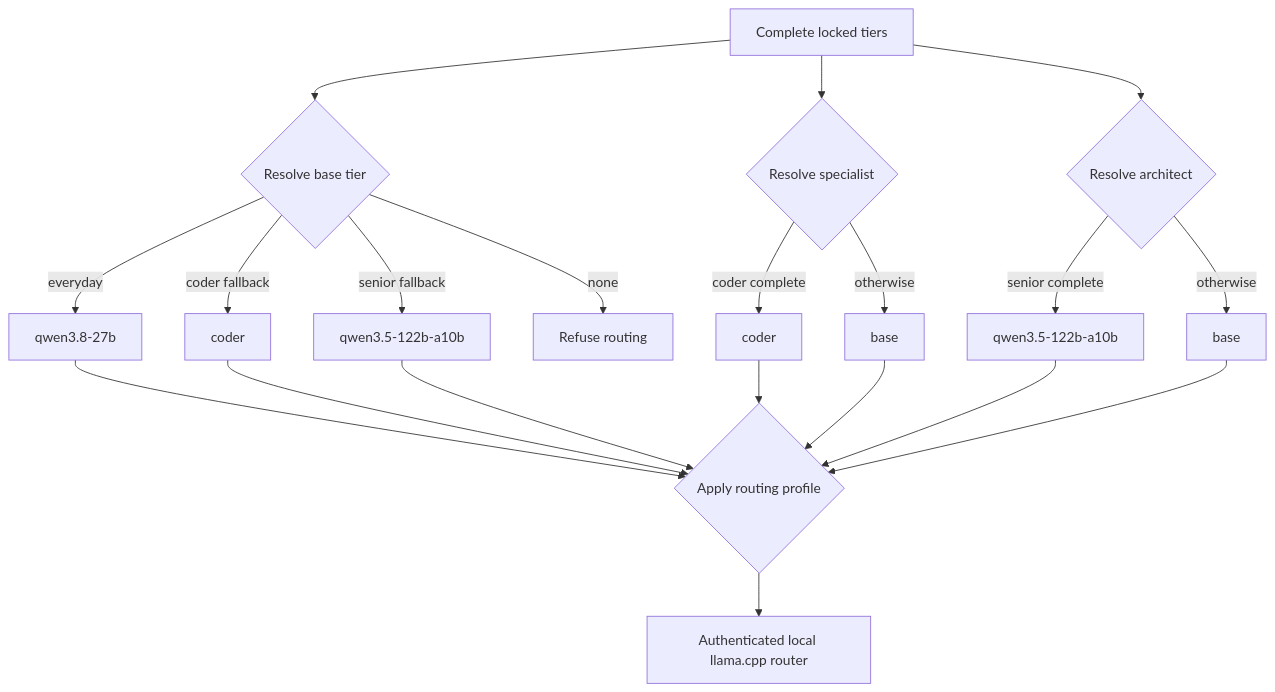
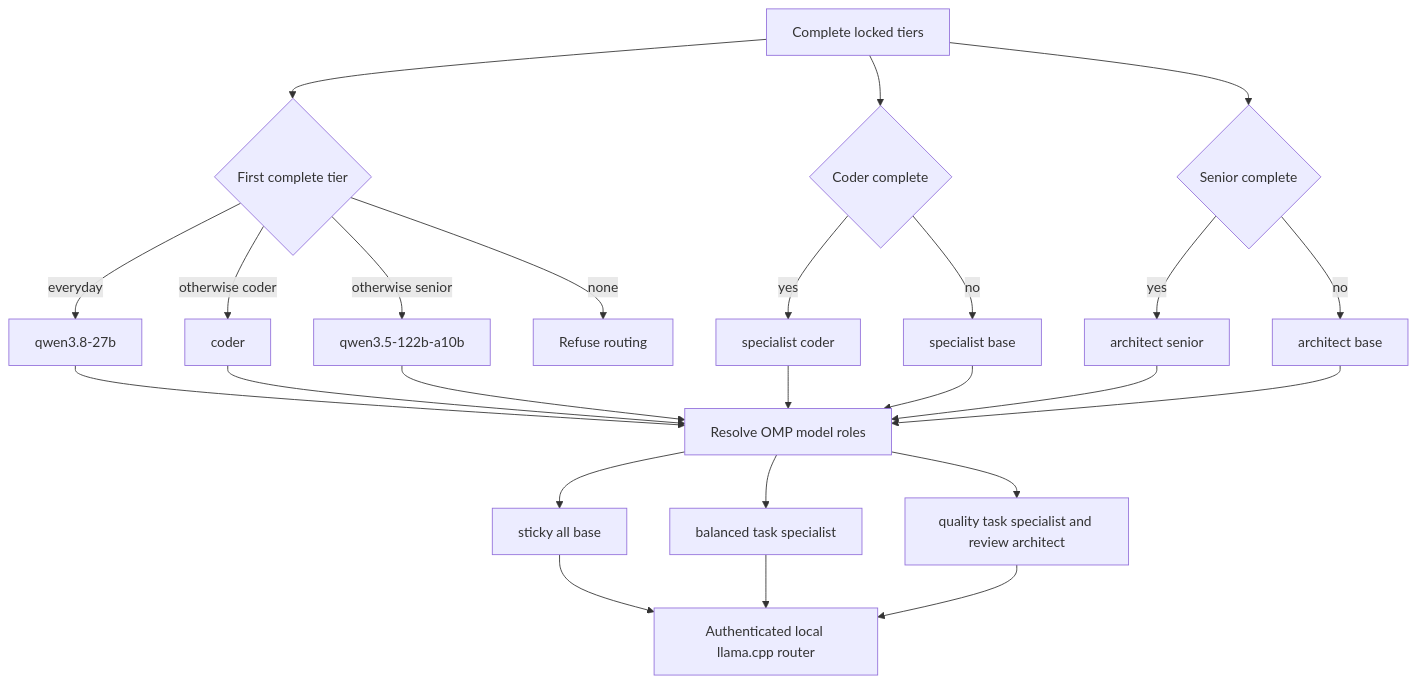
One commit to johnymontana/local-ai-setup changed the diagram in openwiki/integrations/coding-agents-and-role-routing.md. Above: the diagram before and after it, drawn with Mermaid. The commit also changed other lines of this file and 24 other files, not shown here.

````diff
--- a/openwiki/integrations/coding-agents-and-role-routing.md
+++ b/openwiki/integrations/coding-agents-and-role-routing.md
@@ -88,22 +94,27 @@
 ```mermaid
 flowchart TD
-  Tiers["Complete locked tiers"] --> Base{"Resolve base tier"}
+  Tiers["Complete locked tiers"] --> Base{"First complete tier"}
   Base -->|"everyday"| Everyday["qwen3.8-27b"]
-  Base -->|"coder fallback"| CoderBase["coder"]
-  Base -->|"senior fallback"| SeniorBase["qwen3.5-122b-a10b"]
+  Base -->|"otherwise coder"| CoderBase["coder"]
+  Base -->|"otherwise senior"| SeniorBase["qwen3.5-122b-a10b"]
   Base -->|"none"| Blocked["Refuse routing"]
-  Tiers --> Specialist{"Resolve specialist"}
-  Specialist -->|"coder complete"| Coder["coder"]
-  Specialist -->|"otherwise"| BaseSpecialist["base"]
-  Tiers --> Architect{"Resolve architect"}
-  Architect -->|"senior complete"| Senior["qwen3.5-122b-a10b"]
-  Architect -->|"otherwise"| BaseArchitect["base"]
-  Everyday --> Profile{"Apply routing profile"}
-  CoderBase --> Profile
-  SeniorBase --> Profile
-  Coder --> Profile
-  BaseSpecialist --> Profile
-  Senior --> Profile
-  BaseArchitect --> Profile
-  Profile --> Router["Authenticated local llama.cpp router"]
+  Tiers --> Specialist{"Coder complete"}
+  Specialist -->|"yes"| Coder["specialist coder"]
+  Specialist -->|"no"| SpecialistBase["specialist base"]
+  Tiers --> Architect{"Senior complete"}
+  Architect -->|"yes"| Senior["architect senior"]
+  Architect -->|"no"| ArchitectBase["architect base"]
+  Everyday --> Roles["Resolve OMP model roles"]
+  CoderBase --> Roles
+  SeniorBase --> Roles
+  Coder --> Roles
+  SpecialistBase --> Roles
+  Senior --> Roles
+  ArchitectBase --> Roles
+  Roles --> Sticky["sticky all base"]
+  Roles --> Balanced["balanced task specialist"]
+  Roles --> Quality["quality task specialist and review architect"]
+  Sticky --> Router["Authenticated local llama.cpp router"]
+  Balanced --> Router
+  Quality --> Router
 ```
````
